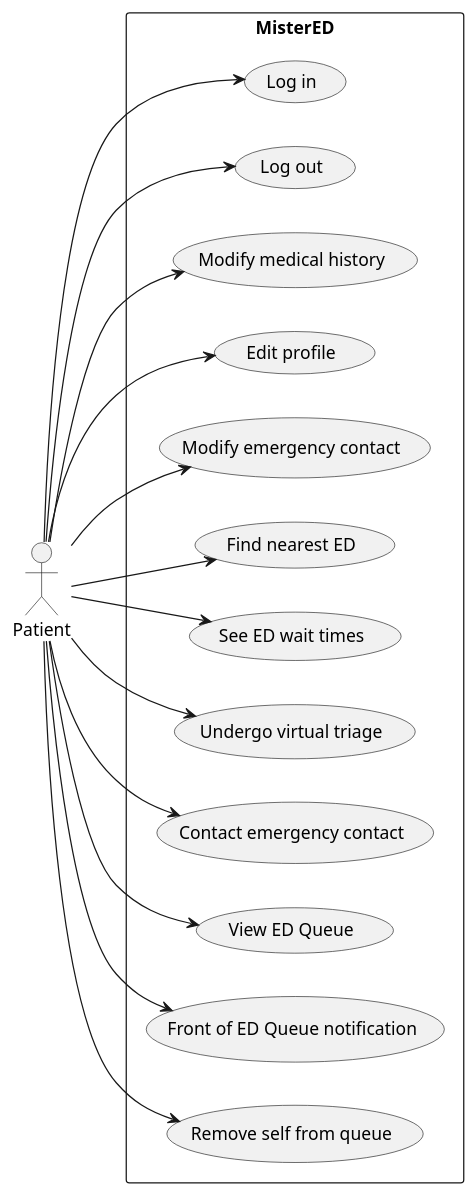
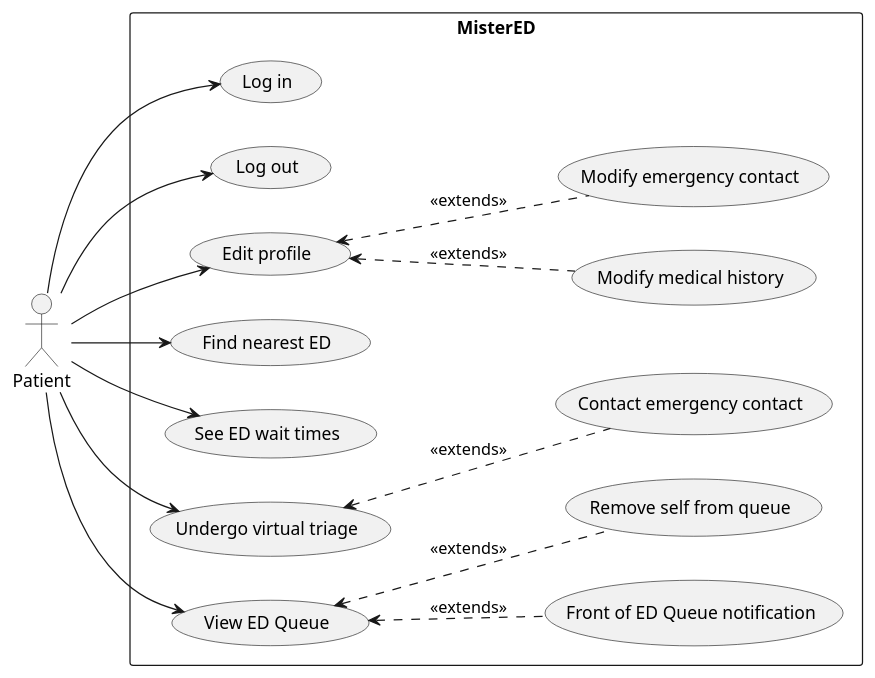
Before and after one commit to SENG-350-2024-fall/Team-1: the diagram in Milestone 1/Patient/PatientUCD.puml, drawn with PlantUML. The commit also changed 2 other files, not shown here.

```diff
--- a/Milestone 1/Patient/PatientUCD.puml
+++ b/Milestone 1/Patient/PatientUCD.puml
@@ -1,30 +1,30 @@
 @startuml patientUCD
 left to right direction
 actor "Patient" as p
 rectangle "MisterED" {
   usecase "Log in" as UC1
   usecase "Log out" as UC2
-  usecase "Modify medical history" as UC3
-  usecase "Edit profile" as UC4
-  usecase "Modify emergency contact" as UC4.1
+  usecase "Modify medical history" as UC3.1
+  usecase "Edit profile" as UC3
+  usecase "Modify emergency contact" as UC3.2
   usecase "Find nearest ED" as UC5
   usecase "See ED wait times" as UC6
   usecase "Undergo virtual triage" as UC7
-  usecase "Contact emergency contact" as UC8
-  usecase "View ED Queue" as UC9
-  usecase "Front of ED Queue notification" as UC10
-  usecase "Remove self from queue" as UC11
+  usecase "Contact emergency contact" as UC7.1
+  usecase "View ED Queue" as UC8
+  usecase "Front of ED Queue notification" as UC8.1
+  usecase "Remove self from queue" as UC8.2
 }
 p --> UC1
 p --> UC2
 p --> UC3
-p --> UC4
-p --> UC4.1
+UC3 <.. UC3.1: "<< extends >>"
+UC3 <.. UC3.2: "<< extends >>"
 p --> UC5
 p --> UC6
 p --> UC7
+UC7 <.. UC7.1: "<< extends >>"
 p --> UC8
-p --> UC9
-p --> UC10
-p --> UC11
+UC8 <.. UC8.1: "<< extends >>"
+UC8 <.. UC8.2: "<< extends >>"
 @enduml
```
